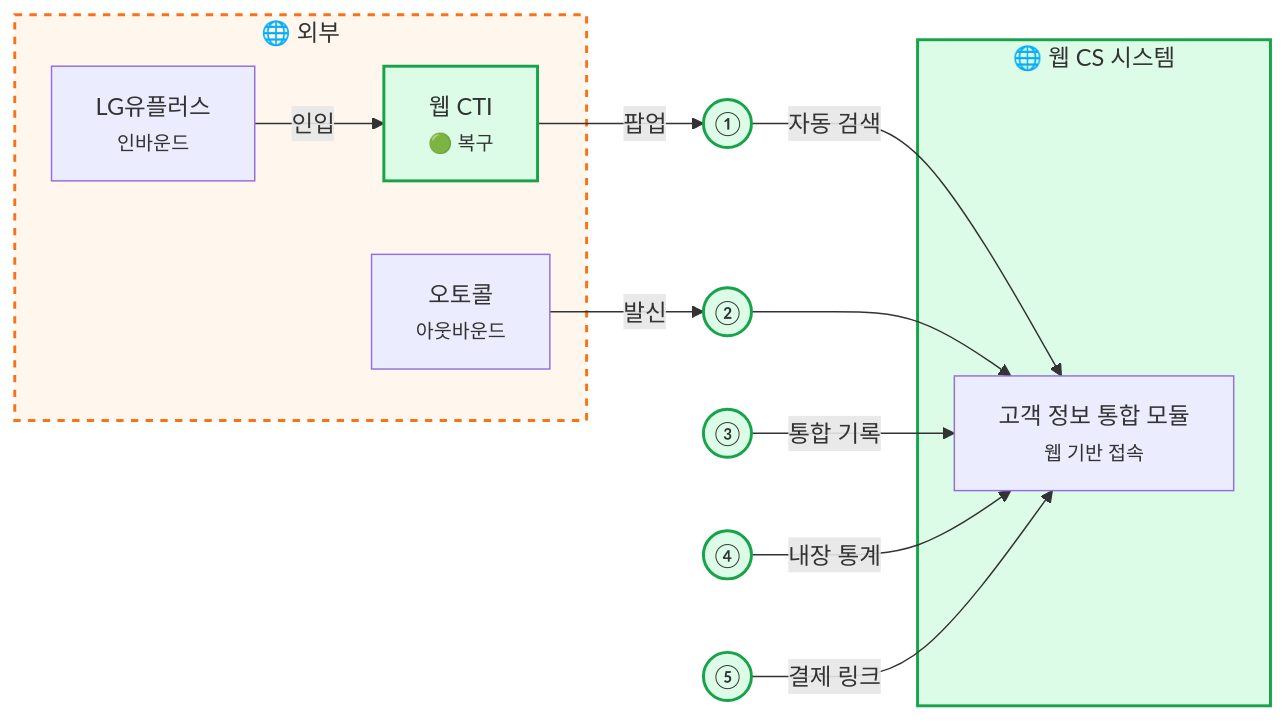
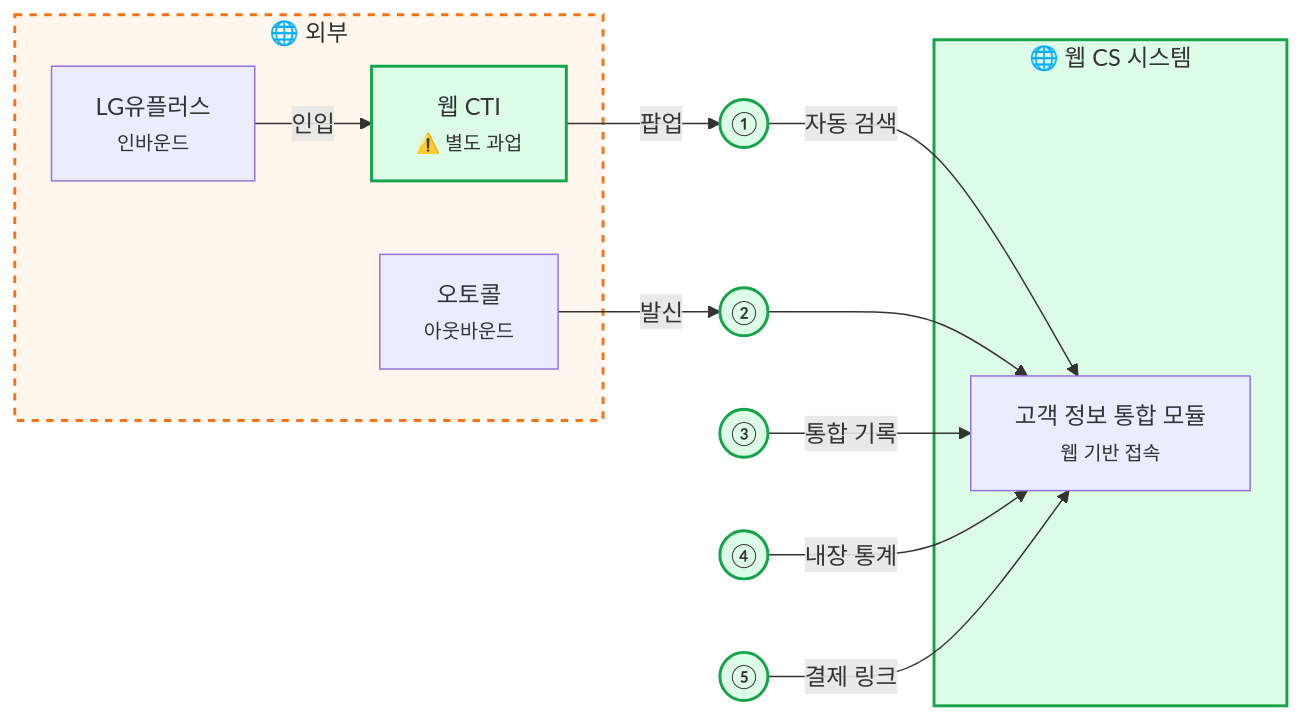
The sixth of 7 diagrams in src/content/docs/goodthinking-isp/04-design/entity-map-tobe.md (sknkwoxs/manual-book), drawn with Mermaid before and after one commit. The commit also changed other lines of this file and 17 other files, not shown here.

First line of the commit message:
docs(goodthinking-isp): Phase 3.5-5 — Mermaid 수정, 외부 API→Excel 템플릿 전환, 개인정보 보호 모듈 강화

````diff
--- a/src/content/docs/goodthinking-isp/04-design/entity-map-tobe.md
+++ b/src/content/docs/goodthinking-isp/04-design/entity-map-tobe.md
@@ -346,36 +346,36 @@
 ```mermaid
 flowchart LR
     subgraph SYS_CORE["🌐 웹 CS 시스템"]
         WEB["고객 정보 통합 모듈<br/><small>웹 기반 접속</small>"]
     end
     subgraph SYS_EXT["🌐 외부"]
-        CTI_NEW["웹 CTI<br/><small>🟢 복구</small>"]
+        CTI_NEW["웹 CTI<br/><small>⚠️ 별도 과업</small>"]
         LG["LG유플러스<br/><small>인바운드</small>"]
         AUTO["오토콜<br/><small>아웃바운드</small>"]
     end
 
     P1(("①"))
     P2(("②"))
     P3(("③"))
     P4(("④"))
     P5(("⑤"))
 
     %% 업무 흐름
     LG -->|"인입"| CTI_NEW
     CTI_NEW -->|"팝업"| P1
     P1 -->|"자동 검색"| WEB
     AUTO -->|"발신"| P2
     P2 --> WEB
     P3 -->|"통합 기록"| WEB
     P4 -->|"내장 통계"| WEB
     P5 -->|"결제 링크"| WEB
 
     style SYS_CORE fill:#dcfce7,stroke:#16a34a,stroke-width:2px
     style SYS_EXT fill:#fff7ed,stroke:#f97316,stroke-width:2px,stroke-dasharray: 5 5
     style CTI_NEW fill:#dcfce7,stroke:#16a34a,stroke-width:2px
     style P1 fill:#dcfce7,stroke:#16a34a,stroke-width:2px
     style P2 fill:#dcfce7,stroke:#16a34a,stroke-width:2px
     style P3 fill:#dcfce7,stroke:#16a34a,stroke-width:2px
     style P4 fill:#dcfce7,stroke:#16a34a,stroke-width:2px
     style P5 fill:#dcfce7,stroke:#16a34a,stroke-width:2px
 ```
````
